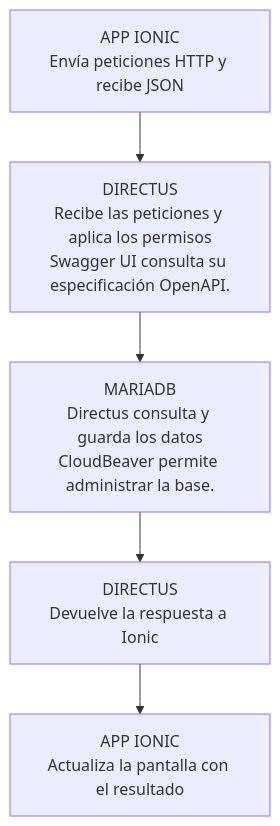
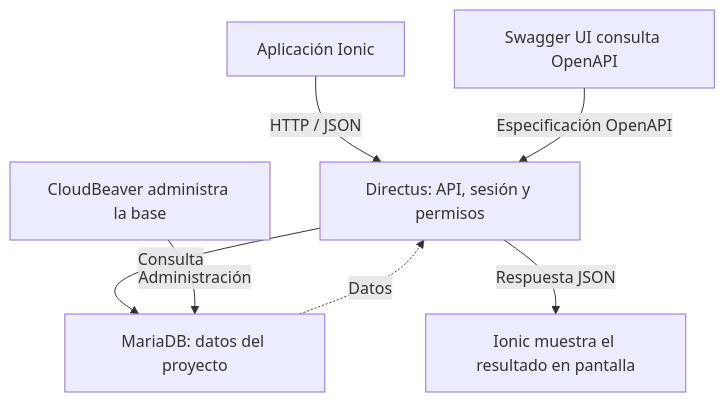
One commit to JonathanDeLaCruz/docker_moviles changed the diagram in docs/manuales/recursos/flujos/00-entorno.mmd. Above: the diagram before and after it, drawn with Mermaid. The commit also changed 97 other files, not shown here.

Commit message:
Restaura diagramas con ramas y flujo descendente en los manuales

```diff
--- a/docs/manuales/recursos/flujos/00-entorno.mmd
+++ b/docs/manuales/recursos/flujos/00-entorno.mmd
@@ -1,10 +1,13 @@
 flowchart TD
-  N0["APP IONIC<br/>Envía peticiones HTTP y recibe JSON"]
-  N1["DIRECTUS<br/>Recibe las peticiones y aplica los permisos<br/>Swagger UI consulta su especificación OpenAPI."]
-  N2["MARIADB<br/>Directus consulta y guarda los datos<br/>CloudBeaver permite administrar la base."]
-  N3["DIRECTUS<br/>Devuelve la respuesta a Ionic"]
-  N4["APP IONIC<br/>Actualiza la pantalla con el resultado"]
-  N0 --> N1
-  N1 --> N2
-  N2 --> N3
-  N3 --> N4
+  APP["Aplicación Ionic"]
+  API["Directus: API, sesión y permisos"]
+  DB["MariaDB: datos del proyecto"]
+  SWAGGER["Swagger UI consulta OpenAPI"]
+  CLOUD["CloudBeaver administra la base"]
+  VIEW["Ionic muestra el resultado en pantalla"]
+  APP -->|"HTTP / JSON"| API
+  API -->|"Consulta"| DB
+  DB -.->|"Datos"| API
+  API -->|"Respuesta JSON"| VIEW
+  SWAGGER -->|"Especificación OpenAPI"| API
+  CLOUD -->|"Administración"| DB
```
